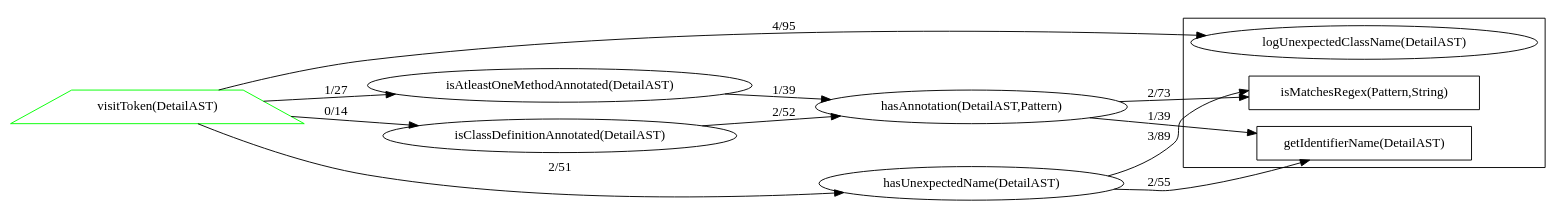
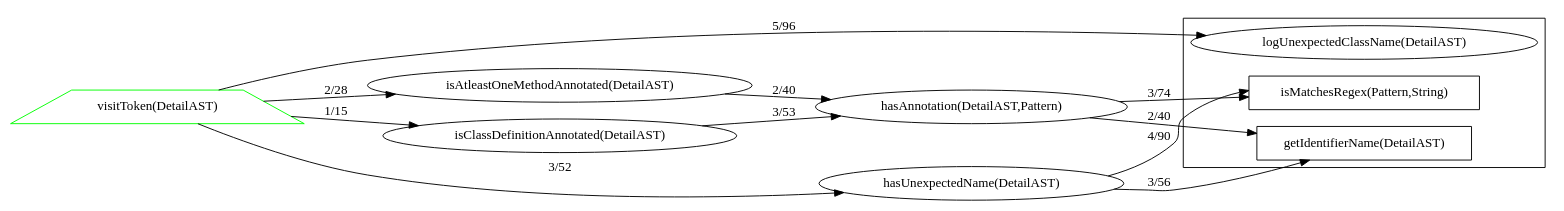
The diagram in dot/NameConventionForJunit4TestClassesCheck.java.dot (alex-zuy/alex-zuy.github.io), drawn with Graphviz before and after one commit. The commit also changed 11 other files, not shown here.

```diff
--- a/dot/NameConventionForJunit4TestClassesCheck.java.dot
+++ b/dot/NameConventionForJunit4TestClassesCheck.java.dot
@@ -1,37 +1,37 @@
 digraph dependencies {
 rankdir = "LR";
 subgraph clustersimple {
 "isMatchesRegex(Pattern,String)" [ color="#000000ff" shape="polygon" ];
 "logUnexpectedClassName(DetailAST)" [ color="#000000ff" ];
 "getIdentifierName(DetailAST)" [ color="#000000ff" shape="polygon" ];
 }
 "visitToken(DetailAST)" [ color="#00ff00ff" shape="trapezium" ];
 "isClassDefinitionAnnotated(DetailAST)" [ color="#000000ff" ];
 "isAtleastOneMethodAnnotated(DetailAST)" [ color="#000000ff" ];
 "hasUnexpectedName(DetailAST)" [ color="#000000ff" ];
 "hasAnnotation(DetailAST,Pattern)" [ color="#000000ff" ];
-"visitToken(DetailAST)" -> "isClassDefinitionAnnotated(DetailAST)" [ label="0/14" ];
-"visitToken(DetailAST)" -> "isAtleastOneMethodAnnotated(DetailAST)" [ label="1/27" ];
-"visitToken(DetailAST)" -> "hasUnexpectedName(DetailAST)" [ label="2/51" ];
-"visitToken(DetailAST)" -> "logUnexpectedClassName(DetailAST)" [ label="4/95" ];
-"isClassDefinitionAnnotated(DetailAST)" -> "hasAnnotation(DetailAST,Pattern)" [ label="2/52" ];
-"isAtleastOneMethodAnnotated(DetailAST)" -> "hasAnnotation(DetailAST,Pattern)" [ label="1/39" ];
-"hasUnexpectedName(DetailAST)" -> "isMatchesRegex(Pattern,String)" [ label="3/89" ];
-"hasUnexpectedName(DetailAST)" -> "getIdentifierName(DetailAST)" [ label="2/55" ];
-"hasAnnotation(DetailAST,Pattern)" -> "isMatchesRegex(Pattern,String)" [ label="2/73" ];
-"hasAnnotation(DetailAST,Pattern)" -> "getIdentifierName(DetailAST)" [ label="1/39" ];
+"visitToken(DetailAST)" -> "isClassDefinitionAnnotated(DetailAST)" [ label="1/15" ];
+"visitToken(DetailAST)" -> "isAtleastOneMethodAnnotated(DetailAST)" [ label="2/28" ];
+"visitToken(DetailAST)" -> "hasUnexpectedName(DetailAST)" [ label="3/52" ];
+"visitToken(DetailAST)" -> "logUnexpectedClassName(DetailAST)" [ label="5/96" ];
+"isClassDefinitionAnnotated(DetailAST)" -> "hasAnnotation(DetailAST,Pattern)" [ label="3/53" ];
+"isAtleastOneMethodAnnotated(DetailAST)" -> "hasAnnotation(DetailAST,Pattern)" [ label="2/40" ];
+"hasUnexpectedName(DetailAST)" -> "isMatchesRegex(Pattern,String)" [ label="4/90" ];
+"hasUnexpectedName(DetailAST)" -> "getIdentifierName(DetailAST)" [ label="3/56" ];
+"hasAnnotation(DetailAST,Pattern)" -> "isMatchesRegex(Pattern,String)" [ label="3/74" ];
+"hasAnnotation(DetailAST,Pattern)" -> "getIdentifierName(DetailAST)" [ label="2/40" ];
 /*
 Legend
 Node border color:
     a) GREEN - public
     b) YELLOW - protected
     c) BLACK - private
     d) BLUE - default
 Node shape:
     if static - rectangle
     otherwise if override - trapezium
     otherwise if overloaded - triangle
     otherwise ellipse
 
 */
 }
```
